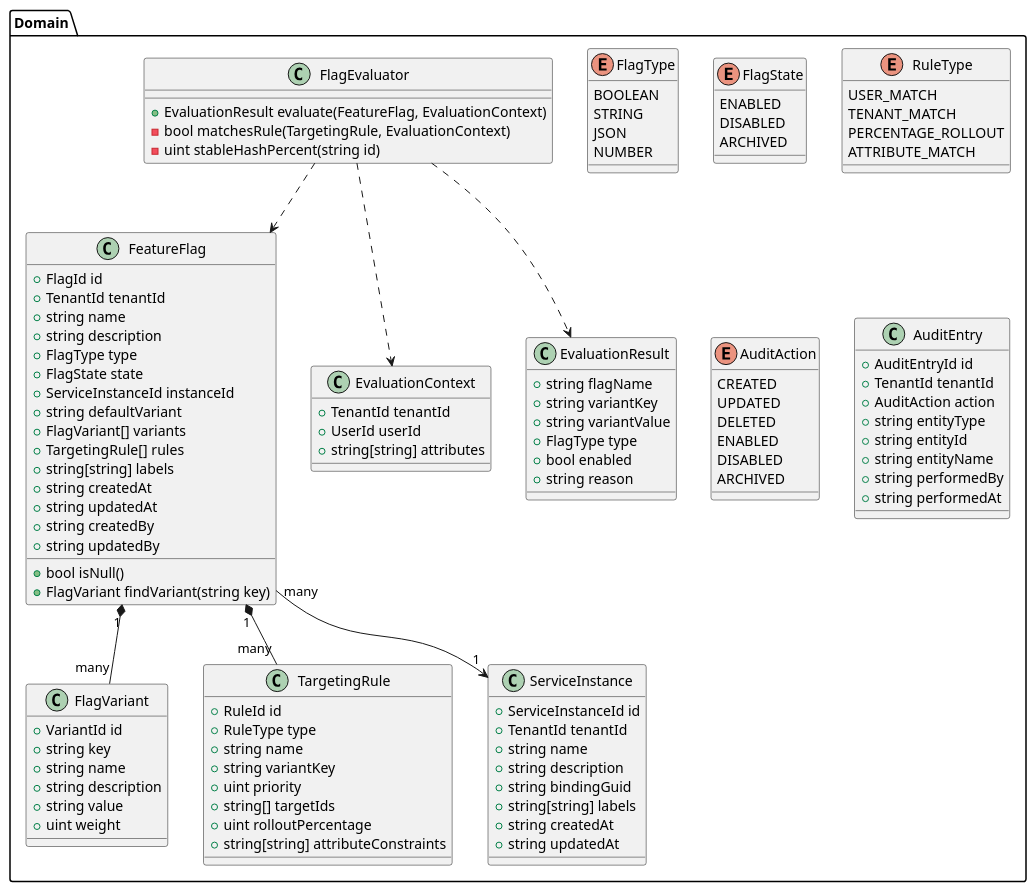
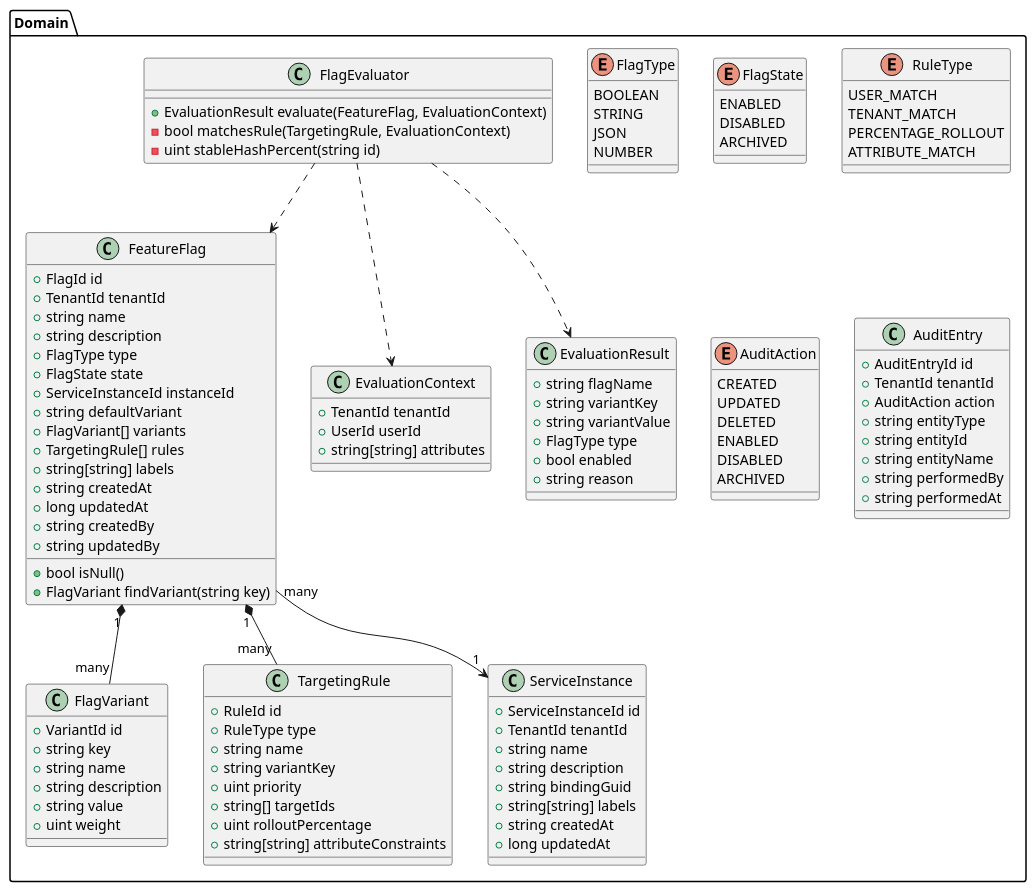
One commit to UIMSolutions/uim-platform changed the first of 5 diagrams in feature-flags/UML.md. Above: the diagram before and after it, drawn with PlantUML. The commit also changed 17 other files, not shown here.

```diff
--- a/feature-flags/UML.md
+++ b/feature-flags/UML.md
@@ -49,7 +49,7 @@
     +TargetingRule[] rules
     +string[string] labels
     +string createdAt
-    +string updatedAt
+    +long updatedAt
     +string createdBy
     +string updatedBy
     +bool isNull()
@@ -84,7 +84,7 @@
     +string bindingGuid
     +string[string] labels
     +string createdAt
-    +string updatedAt
+    +long updatedAt
   }
 
   class AuditEntry {
```
